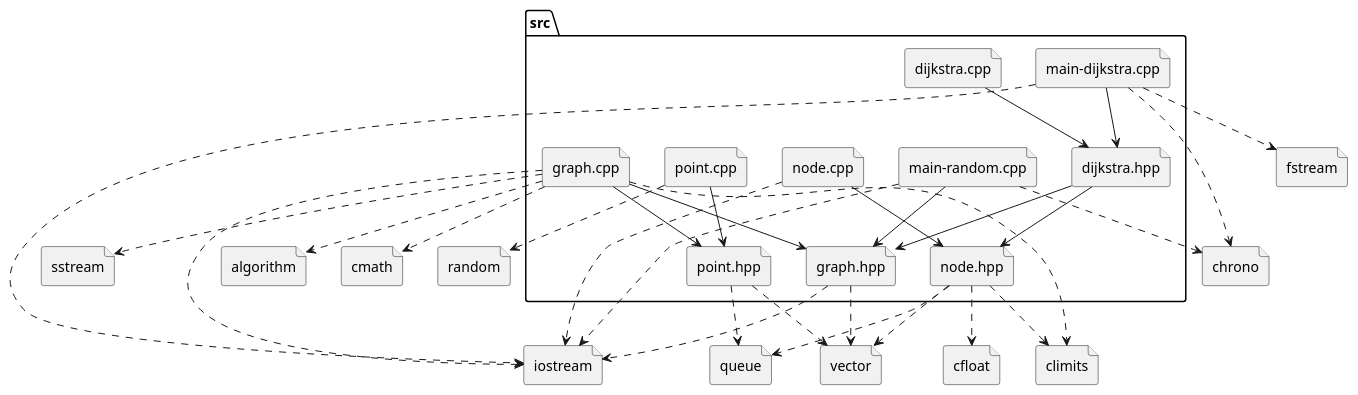
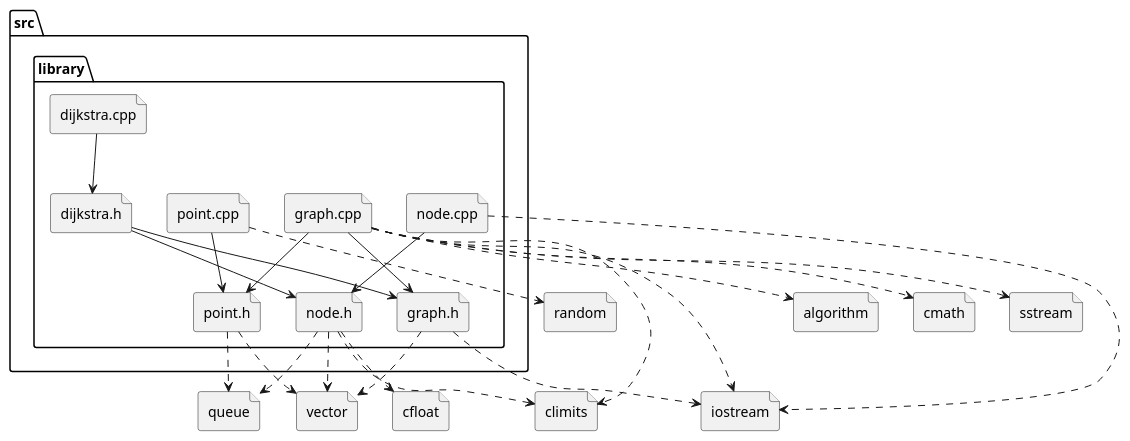
The diagram in doc/puml/include.puml (vikman90/dijkstra), drawn with PlantUML before and after one commit. The commit also changed 17 other files, not shown here.

```diff
--- a/doc/puml/include.puml
+++ b/doc/puml/include.puml
@@ -1,57 +1,48 @@
 @startuml
 folder "src" as C_0001387619747296316447 {
-file "dijkstra.cpp" as C_0000390246509260449276
-file "dijkstra.hpp" as C_0001533800189593073025
-file "graph.hpp" as C_0001207730928015611339
-file "node.hpp" as C_0000889115298352751525
-file "main-dijkstra.cpp" as C_0002113514754299535117
-file "graph.cpp" as C_0000519116393745759460
-file "point.hpp" as C_0000331824337874789376
-file "main-random.cpp" as C_0001234500256934121075
-file "node.cpp" as C_0001713809020115580148
-file "point.cpp" as C_0000559936751280065078
+folder "library" as C_0000847061646356780970 {
+file "point.cpp" as C_0002093204861823742087
+file "point.h" as C_0001374611292511125991
+file "dijkstra.cpp" as C_0001681256774731252907
+file "dijkstra.h" as C_0001759941893820785900
+file "graph.h" as C_0000195981258718756962
+file "node.h" as C_0001318164611850074157
+file "graph.cpp" as C_0001301354864331774829
+file "node.cpp" as C_0000043453437921100683
 }
+}
+file "random" as C_0001783092384331884149
+file "queue" as C_0001383788759594640283
+file "vector" as C_0000405203884025072971
 file "iostream" as C_0001904672897929120933
-file "vector" as C_0000405203884025072971
 file "cfloat" as C_0001443375142108826616
 file "climits" as C_0001195932073939490173
-file "queue" as C_0001383788759594640283
-file "chrono" as C_0001231691935535088053
-file "fstream" as C_0000542637951694229635
 file "algorithm" as C_0000061375732171199979
 file "cmath" as C_0002234146420987648503
 file "sstream" as C_0001827630812376671277
-file "random" as C_0001783092384331884149
-C_0000390246509260449276 --> C_0001533800189593073025
-C_0001533800189593073025 --> C_0001207730928015611339
-C_0001533800189593073025 --> C_0000889115298352751525
-C_0001207730928015611339 ..> C_0001904672897929120933
-C_0001207730928015611339 ..> C_0000405203884025072971
-C_0000889115298352751525 ..> C_0001443375142108826616
-C_0000889115298352751525 ..> C_0001195932073939490173
-C_0000889115298352751525 ..> C_0001383788759594640283
-C_0000889115298352751525 ..> C_0000405203884025072971
-C_0002113514754299535117 ..> C_0001231691935535088053
-C_0002113514754299535117 ..> C_0000542637951694229635
-C_0002113514754299535117 ..> C_0001904672897929120933
-C_0002113514754299535117 --> C_0001533800189593073025
-C_0000519116393745759460 ..> C_0000061375732171199979
-C_0000519116393745759460 ..> C_0001195932073939490173
-C_0000519116393745759460 ..> C_0002234146420987648503
-C_0000519116393745759460 ..> C_0001904672897929120933
-C_0000519116393745759460 ..> C_0001827630812376671277
-C_0000519116393745759460 --> C_0001207730928015611339
-C_0000519116393745759460 --> C_0000331824337874789376
-C_0000331824337874789376 ..> C_0001383788759594640283
-C_0000331824337874789376 ..> C_0000405203884025072971
-C_0001234500256934121075 ..> C_0001231691935535088053
-C_0001234500256934121075 ..> C_0001904672897929120933
-C_0001234500256934121075 --> C_0001207730928015611339
-C_0001713809020115580148 ..> C_0001904672897929120933
-C_0001713809020115580148 --> C_0000889115298352751525
-C_0000559936751280065078 ..> C_0001783092384331884149
-C_0000559936751280065078 --> C_0000331824337874789376
+C_0002093204861823742087 ..> C_0001783092384331884149
+C_0002093204861823742087 --> C_0001374611292511125991
+C_0001374611292511125991 ..> C_0001383788759594640283
+C_0001374611292511125991 ..> C_0000405203884025072971
+C_0001681256774731252907 --> C_0001759941893820785900
+C_0001759941893820785900 --> C_0000195981258718756962
+C_0001759941893820785900 --> C_0001318164611850074157
+C_0000195981258718756962 ..> C_0001904672897929120933
+C_0000195981258718756962 ..> C_0000405203884025072971
+C_0001318164611850074157 ..> C_0001443375142108826616
+C_0001318164611850074157 ..> C_0001195932073939490173
+C_0001318164611850074157 ..> C_0001383788759594640283
+C_0001318164611850074157 ..> C_0000405203884025072971
+C_0001301354864331774829 ..> C_0000061375732171199979
+C_0001301354864331774829 ..> C_0001195932073939490173
+C_0001301354864331774829 ..> C_0002234146420987648503
+C_0001301354864331774829 ..> C_0001904672897929120933
+C_0001301354864331774829 ..> C_0001827630812376671277
+C_0001301354864331774829 --> C_0000195981258718756962
+C_0001301354864331774829 --> C_0001374611292511125991
+C_0000043453437921100683 ..> C_0001904672897929120933
+C_0000043453437921100683 --> C_0001318164611850074157
 
 'Generated with clang-uml, version 0.3.4
 'LLVM version Ubuntu clang version 15.0.6
 @enduml
```
